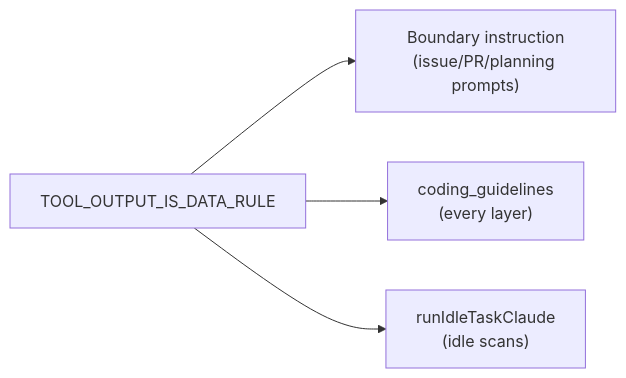
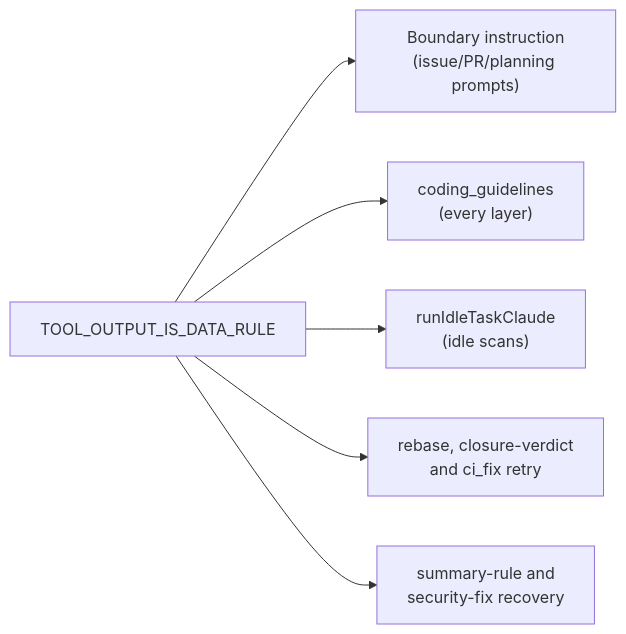
Before and after one commit to stSoftwareAU/VibeCoder: the diagram in docs/archive/pr-summaries/pr-summary-3046.md, drawn with Mermaid. The commit also changed other lines of this file and 4 other files, not shown here.

First line of the commit message:
Give the summary-rule and security-fix recovery prompts the tool-output rule (Issue #3046).

````diff
--- a/docs/archive/pr-summaries/pr-summary-3046.md
+++ b/docs/archive/pr-summaries/pr-summary-3046.md
@@ -20,6 +25,8 @@
 ```mermaid
 flowchart LR
     R["TOOL_OUTPUT_IS_DATA_RULE"] --> B["Boundary instruction<br/>(issue/PR/planning prompts)"]
     R --> G["coding_guidelines<br/>(every layer)"]
     R --> I["runIdleTaskClaude<br/>(idle scans)"]
+    R --> P["rebase, closure-verdict<br/>and ci_fix retry"]
+    R --> S["summary-rule and<br/>security-fix recovery"]
 ```
````
